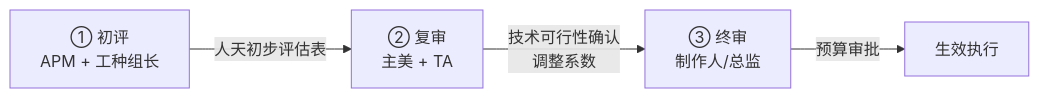
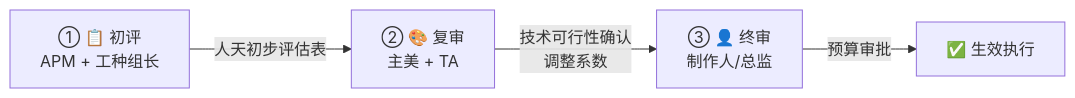
One commit to diedie23/Game-Knowledge-Base changed the diagram in docs/knowledge-base/outsource-workload-model.md. Above: the diagram before and after it, drawn with Mermaid. The commit also changed other lines of this file and 4 other files, not shown here.

````diff
--- a/docs/knowledge-base/outsource-workload-model.md
+++ b/docs/knowledge-base/outsource-workload-model.md
@@ -152,6 +172,6 @@
 ```mermaid
 graph LR
-    A[① 初评<br/>APM + 工种组长] -->|人天初步评估表| B[② 复审<br/>主美 + TA]
-    B -->|技术可行性确认<br/>调整系数| C[③ 终审<br/>制作人/总监]
-    C -->|预算审批| D[生效执行]
+    A[① 📋 初评<br/>APM + 工种组长] -->|人天初步评估表| B[② 🎨 复审<br/>主美 + TA]
+    B -->|技术可行性确认<br/>调整系数| C[③ 👤 终审<br/>制作人/总监]
+    C -->|预算审批| D[✅ 生效执行]
 ```
````
